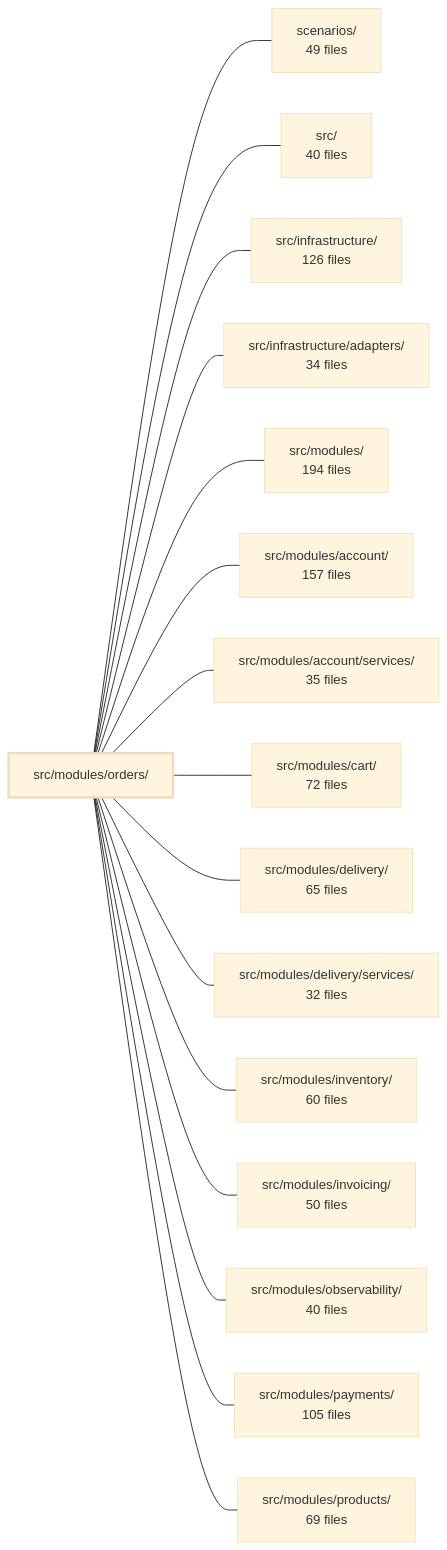
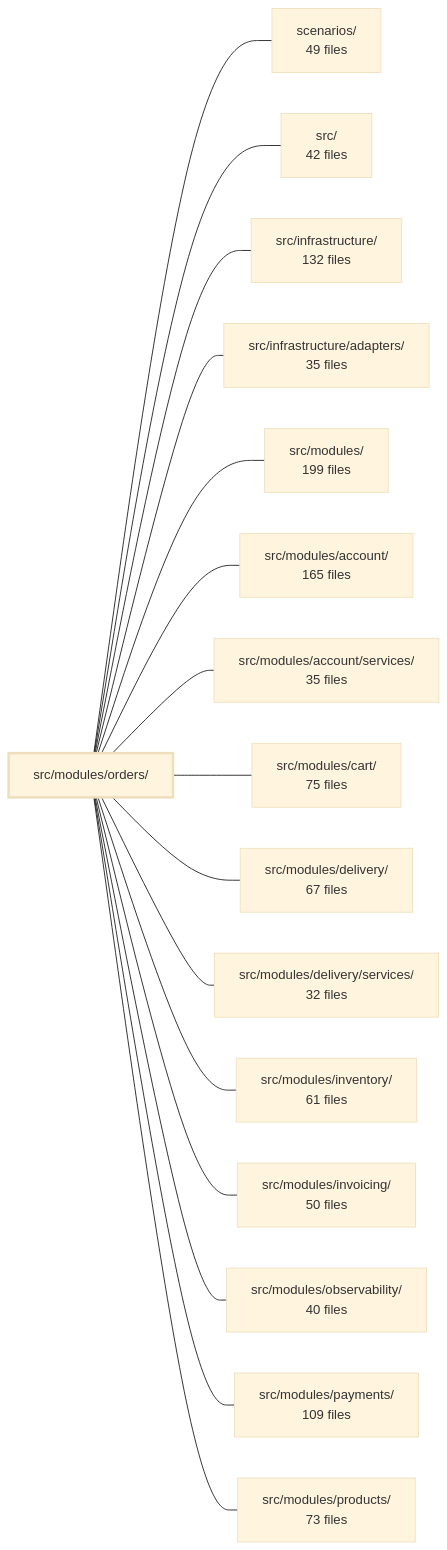
One commit to Guebbit/boilerplate-node-backend changed the diagram in .2brain/modules/boilerplate-node-backend_src_modules_orders.md. Above: the diagram before and after it, drawn with Mermaid (base theme). The commit also changed other lines of this file and 1102 other files, not shown here.

````diff
--- a/.2brain/modules/boilerplate-node-backend_src_modules_orders.md
+++ b/.2brain/modules/boilerplate-node-backend_src_modules_orders.md
@@ -45,35 +43,35 @@
 ```mermaid
 flowchart LR
     m_src_modules_orders["src/modules/orders/"]
     m_scenarios["scenarios/<br/>49 files"]
-    m_src["src/<br/>40 files"]
-    m_src_infrastructure["src/infrastructure/<br/>126 files"]
-    m_src_infrastructure_adapters["src/infrastructure/adapters/<br/>34 files"]
-    m_src_modules["src/modules/<br/>194 files"]
-    m_src_modules_account["src/modules/account/<br/>157 files"]
+    m_src["src/<br/>42 files"]
+    m_src_infrastructure["src/infrastructure/<br/>132 files"]
+    m_src_infrastructure_adapters["src/infrastructure/adapters/<br/>35 files"]
+    m_src_modules["src/modules/<br/>199 files"]
+    m_src_modules_account["src/modules/account/<br/>165 files"]
     m_src_modules_account_services["src/modules/account/services/<br/>35 files"]
-    m_src_modules_cart["src/modules/cart/<br/>72 files"]
-    m_src_modules_delivery["src/modules/delivery/<br/>65 files"]
+    m_src_modules_cart["src/modules/cart/<br/>75 files"]
+    m_src_modules_delivery["src/modules/delivery/<br/>67 files"]
     m_src_modules_delivery_services["src/modules/delivery/services/<br/>32 files"]
-    m_src_modules_inventory["src/modules/inventory/<br/>60 files"]
+    m_src_modules_inventory["src/modules/inventory/<br/>61 files"]
     m_src_modules_invoicing["src/modules/invoicing/<br/>50 files"]
     m_src_modules_observability["src/modules/observability/<br/>40 files"]
-    m_src_modules_payments["src/modules/payments/<br/>105 files"]
-    m_src_modules_products["src/modules/products/<br/>69 files"]
+    m_src_modules_payments["src/modules/payments/<br/>109 files"]
+    m_src_modules_products["src/modules/products/<br/>73 files"]
     m_src_modules_orders --- m_scenarios
     m_src_modules_orders --- m_src
     m_src_modules_orders --- m_src_infrastructure
     m_src_modules_orders --- m_src_infrastructure_adapters
     m_src_modules_orders --- m_src_modules
     m_src_modules_orders --- m_src_modules_account
     m_src_modules_orders --- m_src_modules_account_services
     m_src_modules_orders --- m_src_modules_cart
     m_src_modules_orders --- m_src_modules_delivery
     m_src_modules_orders --- m_src_modules_delivery_services
     m_src_modules_orders --- m_src_modules_inventory
     m_src_modules_orders --- m_src_modules_invoicing
     m_src_modules_orders --- m_src_modules_observability
     m_src_modules_orders --- m_src_modules_payments
     m_src_modules_orders --- m_src_modules_products
     style m_src_modules_orders stroke-width:3px
 ```
````
